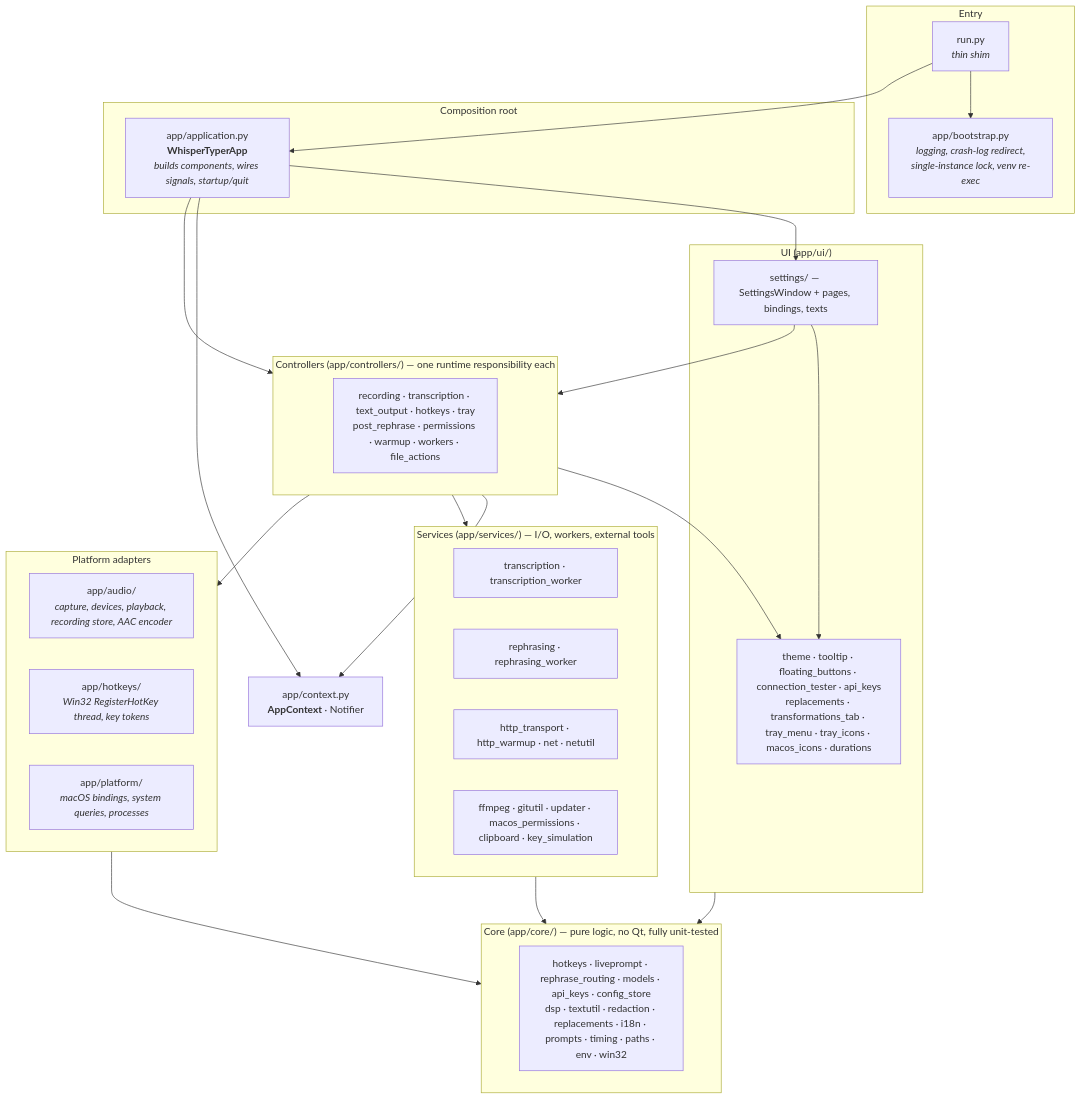
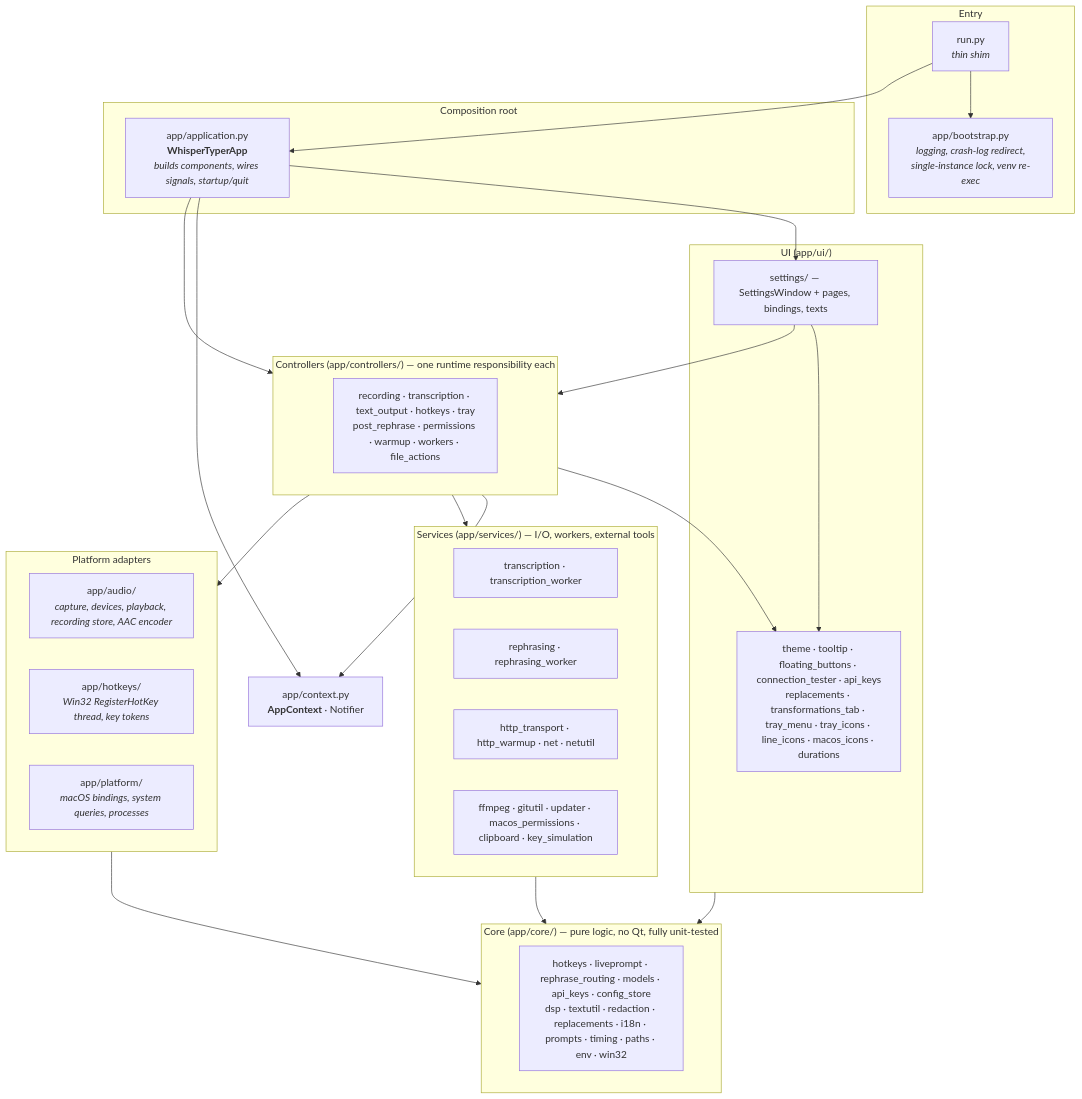
The first of 2 diagrams in docs/ARCHITECTURE.md (bjspi/WhisperTyper), drawn with Mermaid before and after one commit. The commit also changed other lines of this file and 57 other files, not shown here.

First line of the commit message:
feat: modern design for the settings window and the tray menu

````diff
--- a/docs/ARCHITECTURE.md
+++ b/docs/ARCHITECTURE.md
@@ -23,54 +23,54 @@
 ```mermaid
 flowchart TB
     subgraph entry ["Entry"]
         RUN["run.py<br/><i>thin shim</i>"]
         BOOT["app/bootstrap.py<br/><i>logging, crash-log redirect,<br/>single-instance lock, venv re-exec</i>"]
     end
 
     subgraph comp ["Composition root"]
         APP["app/application.py<br/><b>WhisperTyperApp</b><br/><i>builds components, wires signals, startup/quit</i>"]
     end
 
     subgraph controllers ["Controllers (app/controllers/) — one runtime responsibility each"]
         CTRL["recording · transcription · text_output · hotkeys · tray<br/>post_rephrase · permissions · warmup · workers · file_actions"]
     end
 
     subgraph ui ["UI (app/ui/)"]
         SET["settings/ — SettingsWindow + pages, bindings, texts"]
-        UIW["theme · tooltip · floating_buttons · connection_tester · api_keys<br/>replacements · transformations_tab · tray_menu · tray_icons · macos_icons · durations"]
+        UIW["theme · tooltip · floating_buttons · connection_tester · api_keys<br/>replacements · transformations_tab · tray_menu · tray_icons · line_icons · macos_icons · durations"]
     end
 
     subgraph services ["Services (app/services/) — I/O, workers, external tools"]
         TW["transcription · transcription_worker"]
         RW["rephrasing · rephrasing_worker"]
         NET["http_transport · http_warmup · net · netutil"]
         TOOLS["ffmpeg · gitutil · updater · macos_permissions · clipboard · key_simulation"]
     end
 
     subgraph platform ["Platform adapters"]
         AUD["app/audio/<br/><i>capture, devices, playback, recording store, AAC encoder</i>"]
         HK["app/hotkeys/<br/><i>Win32 RegisterHotKey thread, key tokens</i>"]
         OS["app/platform/<br/><i>macOS bindings, system queries, processes</i>"]
     end
 
     subgraph core ["Core (app/core/) — pure logic, no Qt, fully unit-tested"]
         CORE["hotkeys · liveprompt · rephrase_routing · models · api_keys · config_store<br/>dsp · textutil · redaction · replacements · i18n · prompts · timing · paths · env · win32"]
     end
 
     CTX["app/context.py<br/><b>AppContext</b> · Notifier"]
 
     RUN --> BOOT
     RUN --> APP
     APP --> controllers
     APP --> SET
     APP --> CTX
     SET --> controllers
     controllers --> CTX
     controllers --> services
     controllers --> platform
     controllers --> UIW
     SET --> UIW
     services --> core
     ui --> core
     platform --> core
 ```
````
